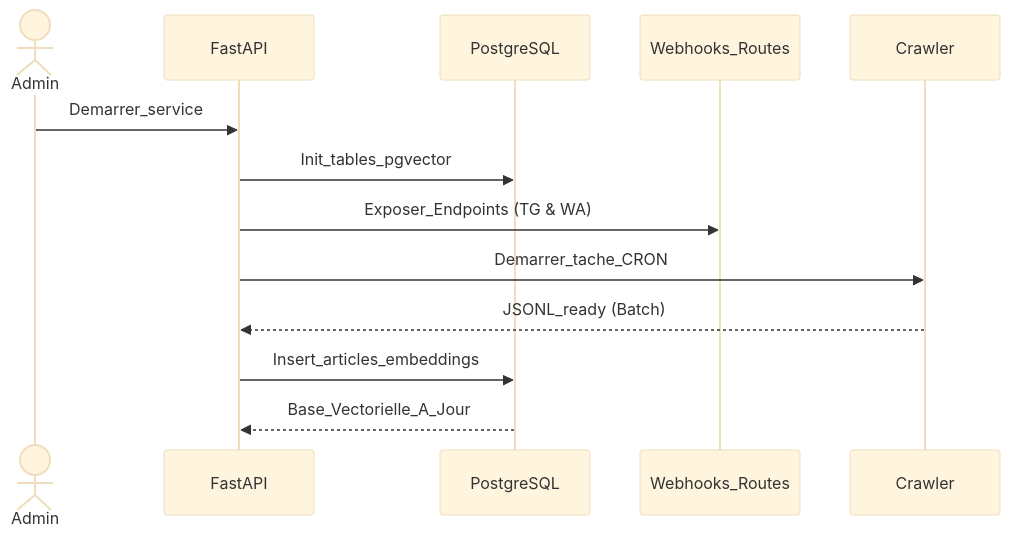
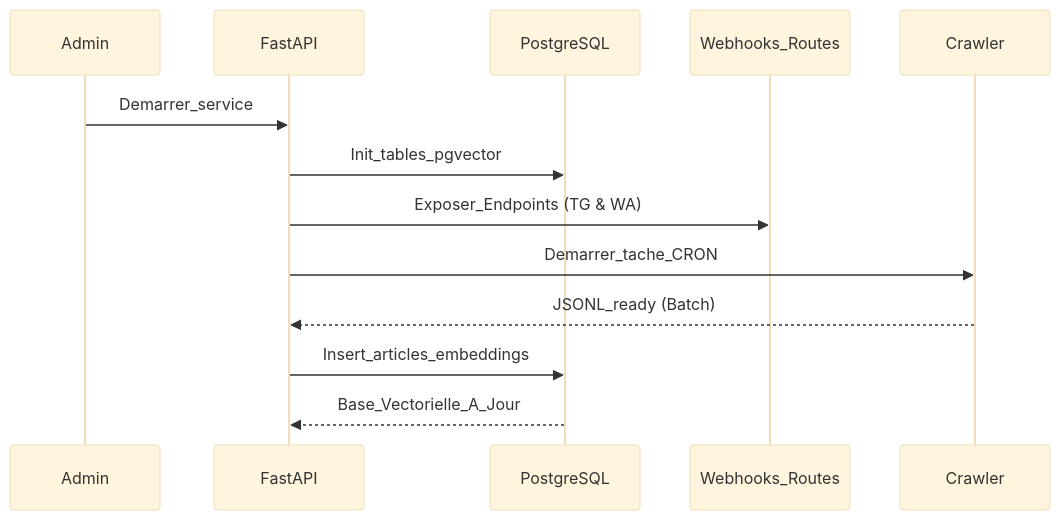
Before and after one commit to rooneyi/rdc-news-intelligence: the third of 9 diagrams in ai-service/docs/Chapitre_3_Redaction.md, drawn with Mermaid (base theme). The commit also changed other lines of this file and 24 other files, not shown here.

````diff
--- a/ai-service/docs/Chapitre_3_Redaction.md
+++ b/ai-service/docs/Chapitre_3_Redaction.md
@@ -162,16 +123,16 @@
 ```mermaid
 sequenceDiagram
-    actor Admin
+    participant Admin
     participant API as FastAPI
     participant DB as PostgreSQL
     participant WH as Webhooks_Routes
     participant CR as Crawler
 
     Admin->>API: Demarrer_service
     API->>DB: Init_tables_pgvector
     API->>WH: Exposer_Endpoints (TG & WA)
     API->>CR: Demarrer_tache_CRON
     CR-->>API: JSONL_ready (Batch)
     API->>DB: Insert_articles_embeddings
     DB-->>API: Base_Vectorielle_A_Jour
 ```
````
